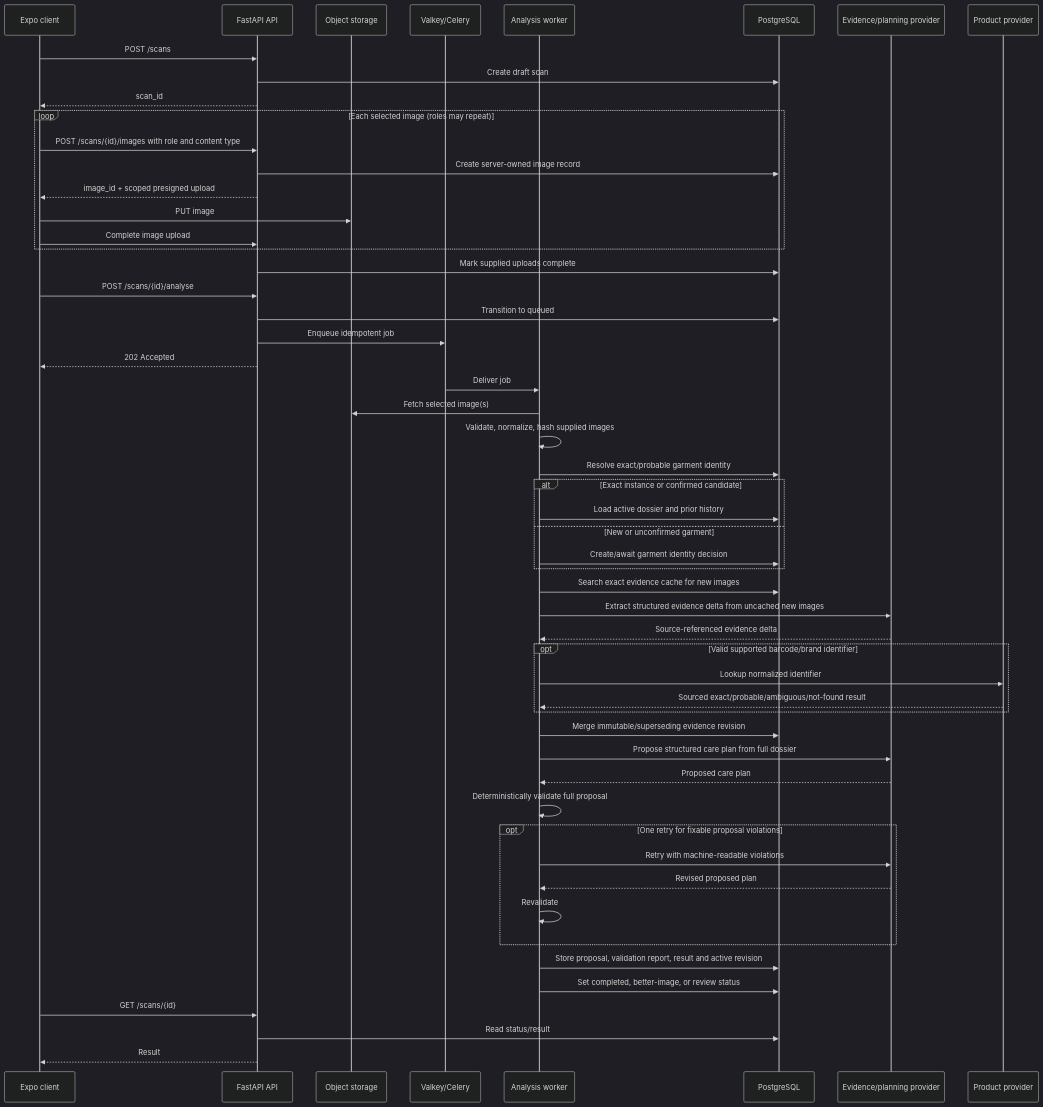
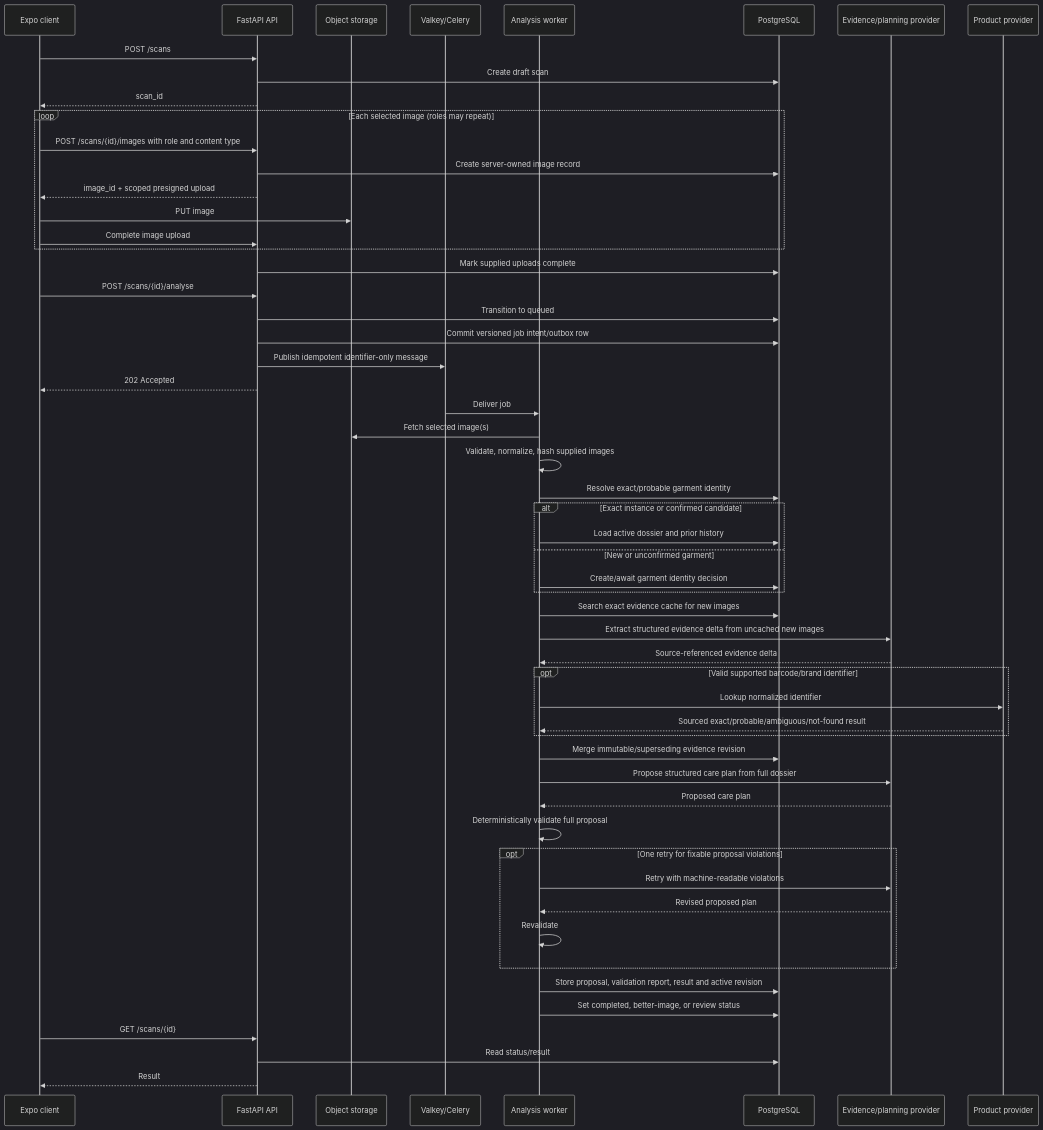
The third of 4 diagrams in docs/architecture.md (acado1986/fabricassist-platform), drawn with Mermaid (dark theme) before and after one commit. The commit also changed other lines of this file and 107 other files, not shown here.

````diff
--- a/docs/architecture.md
+++ b/docs/architecture.md
@@ -909,57 +932,58 @@
 ```mermaid
 sequenceDiagram
     participant Client as Expo client
     participant API as FastAPI API
     participant Obj as Object storage
     participant Queue as Valkey/Celery
     participant Worker as Analysis worker
     participant DB as PostgreSQL
     participant Model as Evidence/planning provider
     participant Product as Product provider
 
     Client->>API: POST /scans
     API->>DB: Create draft scan
     API-->>Client: scan_id
     loop Each selected image (roles may repeat)
         Client->>API: POST /scans/{id}/images with role and content type
         API->>DB: Create server-owned image record
         API-->>Client: image_id + scoped presigned upload
         Client->>Obj: PUT image
         Client->>API: Complete image upload
     end
     API->>DB: Mark supplied uploads complete
     Client->>API: POST /scans/{id}/analyse
     API->>DB: Transition to queued
-    API->>Queue: Enqueue idempotent job
+    API->>DB: Commit versioned job intent/outbox row
+    API->>Queue: Publish idempotent identifier-only message
     API-->>Client: 202 Accepted
     Queue->>Worker: Deliver job
     Worker->>Obj: Fetch selected image(s)
     Worker->>Worker: Validate, normalize, hash supplied images
     Worker->>DB: Resolve exact/probable garment identity
     alt Exact instance or confirmed candidate
         Worker->>DB: Load active dossier and prior history
     else New or unconfirmed garment
         Worker->>DB: Create/await garment identity decision
     end
     Worker->>DB: Search exact evidence cache for new images
     Worker->>Model: Extract structured evidence delta from uncached new images
     Model-->>Worker: Source-referenced evidence delta
     opt Valid supported barcode/brand identifier
         Worker->>Product: Lookup normalized identifier
         Product-->>Worker: Sourced exact/probable/ambiguous/not-found result
     end
     Worker->>DB: Merge immutable/superseding evidence revision
     Worker->>Model: Propose structured care plan from full dossier
     Model-->>Worker: Proposed care plan
     Worker->>Worker: Deterministically validate full proposal
     opt One retry for fixable proposal violations
         Worker->>Model: Retry with machine-readable violations
         Model-->>Worker: Revised proposed plan
         Worker->>Worker: Revalidate
     end
     Worker->>DB: Store proposal, validation report, result and active revision
     Worker->>DB: Set completed, better-image, or review status
     Client->>API: GET /scans/{id}
     API->>DB: Read status/result
     API-->>Client: Result
 ```
````
